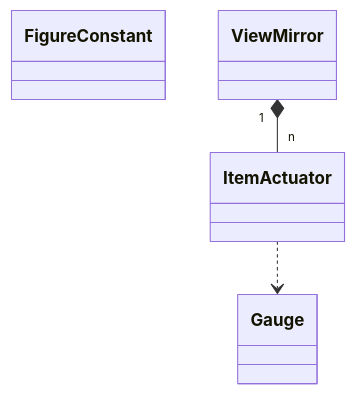
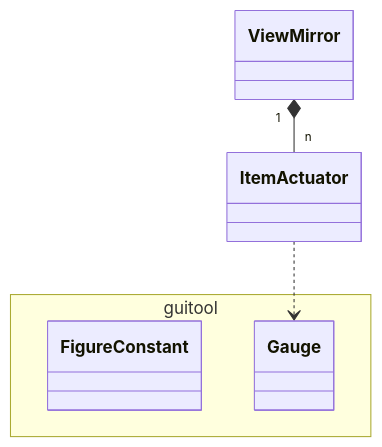
The diagram in doc/uml/display/class_display.mmd (lsst-ts/ts_m2gui), drawn with Mermaid before and after one commit. The commit also changed 20 other files, not shown here.

```diff
--- a/doc/uml/display/class_display.mmd
+++ b/doc/uml/display/class_display.mmd
@@ -1,4 +1,8 @@
 classDiagram
-class FigureConstant
+namespace guitool {
+  class FigureConstant
+  class Gauge
+}
+
 ViewMirror "1" *-- "n" ItemActuator
 ItemActuator ..> Gauge
```
